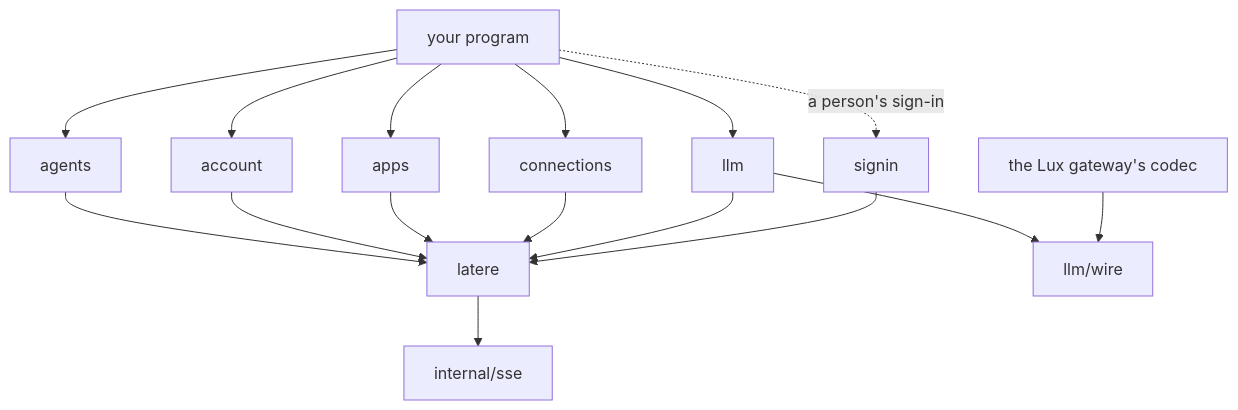
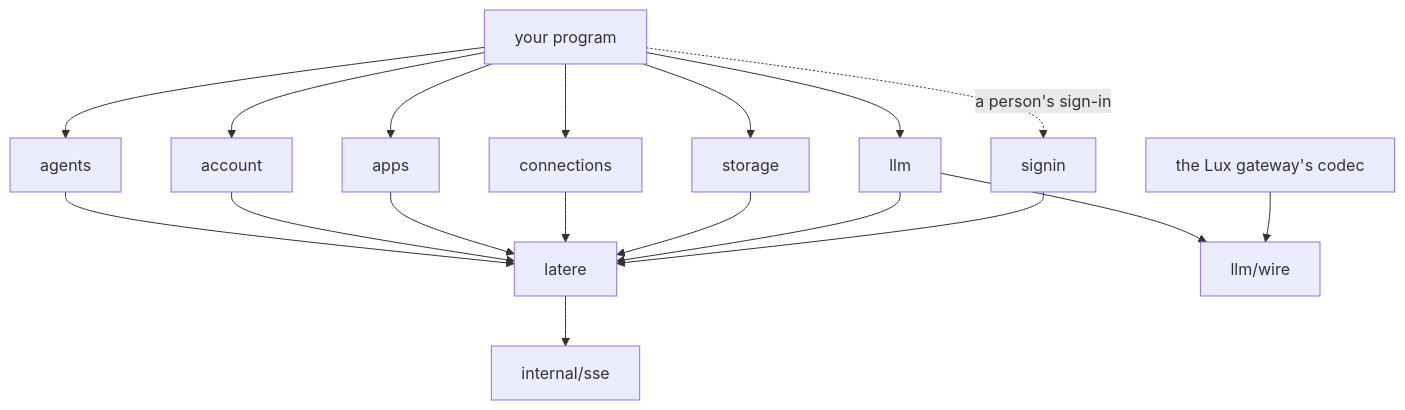
The diagram in docs/design.md (latere-ai/sdk-go), drawn with Mermaid before and after one commit. The commit also changed other lines of this file and 5 other files, not shown here.

````diff
--- a/docs/design.md
+++ b/docs/design.md
@@ -23,18 +23,20 @@
 ```mermaid
 flowchart TD
     agents --> latere
     account --> latere
     apps --> latere
     connections --> latere
+    storage --> latere
     llm --> latere
     llm --> wire[llm/wire]
     signin --> latere
     latere --> sse[internal/sse]
     app[your program] --> agents
     app --> account
     app --> apps
     app --> connections
+    app --> storage
     app --> llm
     app -. a person's sign-in .-> signin
     gateway[the Lux gateway's codec] --> wire
 ```
````
